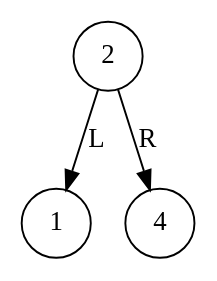
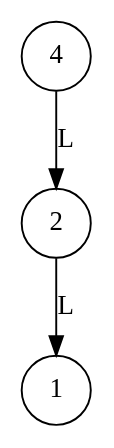
Before and after one commit to FranklinONP/EDD_PROYECTO_202200089: the diagram in Fase2_EDD/graphABB_AVL.dot, drawn with Graphviz. The commit also changed 3 other files, not shown here.

```diff
--- a/Fase2_EDD/graphABB_AVL.dot
+++ b/Fase2_EDD/graphABB_AVL.dot
@@ -1,8 +1,8 @@
 digraph G{
 node [shape=circle];
-"2409169820240"[label="2"];
-"2409171486560"[label="1"];
-"2409171486672"[label="4"];
-"2409169820240" -> "2409171486560" [label = "L"];
-"2409169820240" -> "2409171486672" [label = "R"];
+"2307228113488"[label="4"];
+"2307227944800"[label="2"];
+"2307227944912"[label="1"];
+"2307228113488" -> "2307227944800" [label = "L"];
+"2307227944800" -> "2307227944912" [label = "L"];
 }
```
